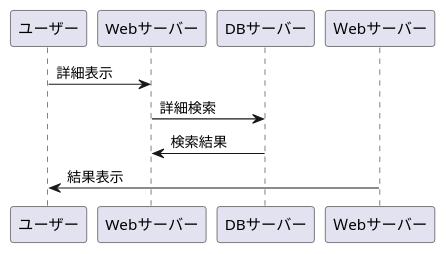
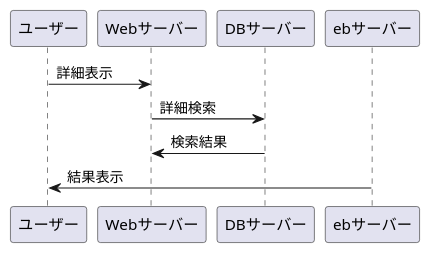
Before and after one commit to Aso2001409/2021sys-design: the diagram in sample.md, drawn with PlantUML.

````diff
--- a/sample.md
+++ b/sample.md
@@ -1,8 +1,8 @@
 ```uml
 @startuml
 ユーザー -> Webサーバー :詳細表示
 Webサーバー -> DBサーバー :詳細検索
 DBサーバー -> Webサーバー :検索結果
-Ｗebサーバー -> ユーザー :結果表示
+ebサーバー -> ユーザー :結果表示
 @enduml
 ```
````
